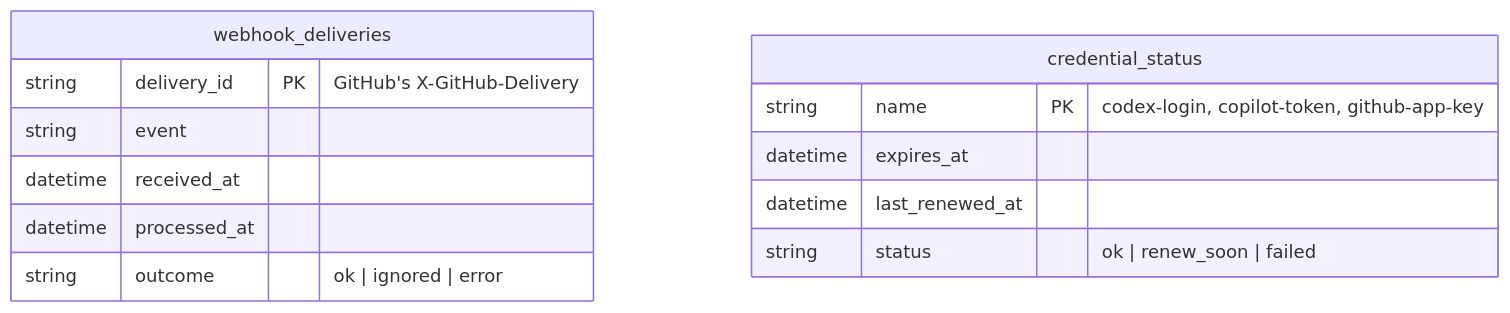
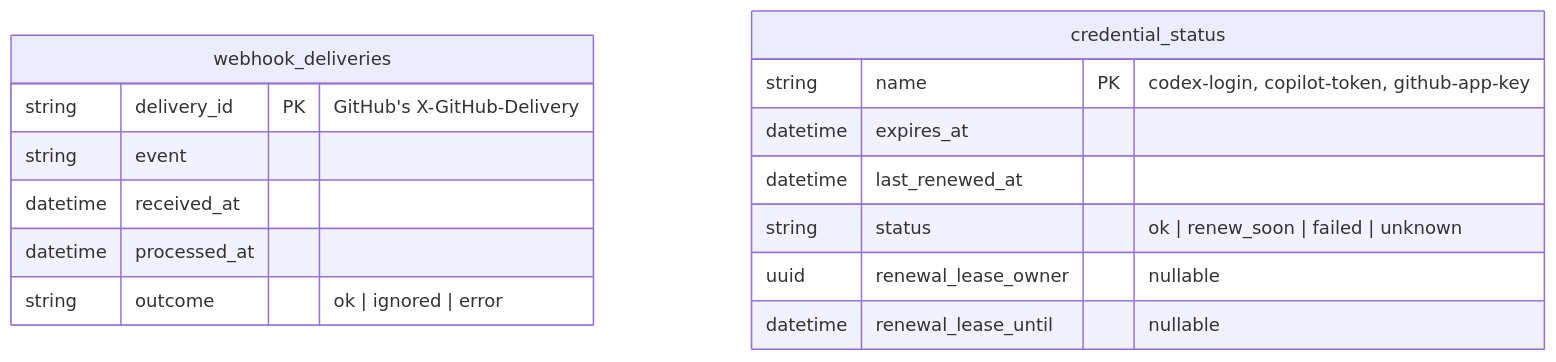
One commit to DanAakesen/jarvis changed the seventh of 8 diagrams in docs/data-model.md. Above: the diagram before and after it, drawn with Mermaid. The commit also changed other lines of this file and 32 other files, not shown here.

First line of the commit message:
P2-08: Add credential status and renewal (#143)

````diff
--- a/docs/data-model.md
+++ b/docs/data-model.md
@@ -349,16 +349,18 @@
 ```mermaid
 erDiagram
     webhook_deliveries {
         string delivery_id PK "GitHub's X-GitHub-Delivery"
         string event
         datetime received_at
         datetime processed_at
         string outcome "ok | ignored | error"
     }
     credential_status {
         string name PK "codex-login, copilot-token, github-app-key"
         datetime expires_at
         datetime last_renewed_at
-        string status "ok | renew_soon | failed"
+        string status "ok | renew_soon | failed | unknown"
+        uuid renewal_lease_owner "nullable"
+        datetime renewal_lease_until "nullable"
     }
 ```
````
